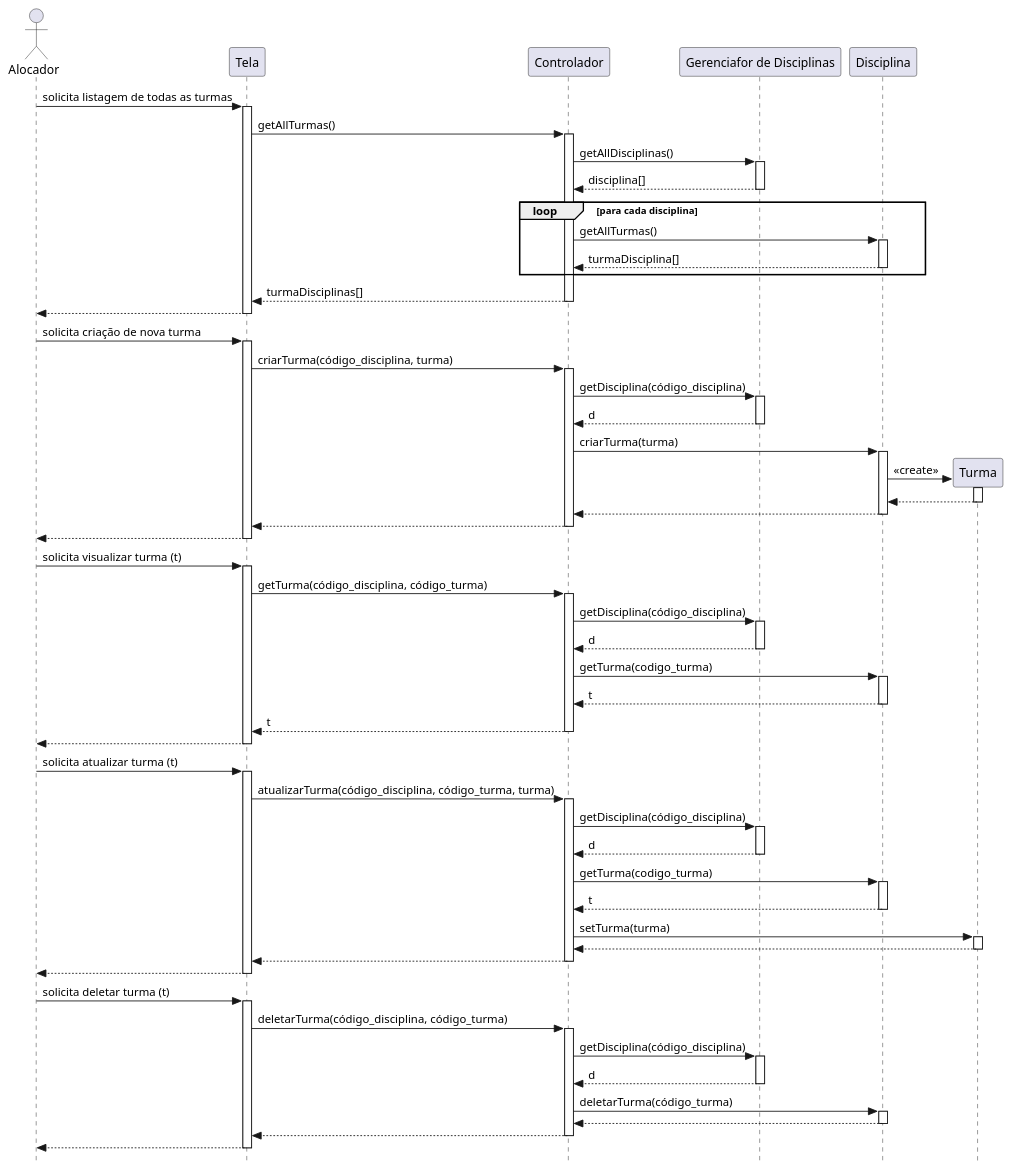
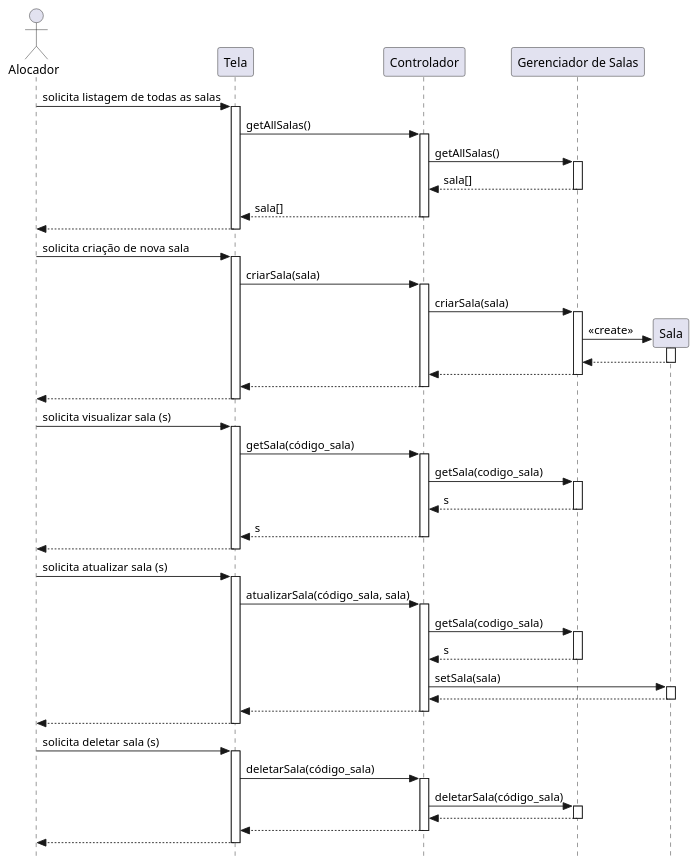
The diagram in projeto/uc4/diagrama-de-sequencia-uc4.puml (tassyla/Salateca), drawn with PlantUML before and after one commit. The commit also changed 11 other files, not shown here.

```diff
--- a/projeto/uc4/diagrama-de-sequencia-uc4.puml
+++ b/projeto/uc4/diagrama-de-sequencia-uc4.puml
@@ -1,69 +1,55 @@
 @startuml Sequencia
 skinparam style strictuml
 autoactivate on
 
 actor Alocador
 participant Tela as t
 participant Controlador as c
 ' participant Prédio as p
-' participant Sala as s
+participant Sala as s
 ' participant Alocação as a
 ' participant Alocação as a2
-participant "Gerenciafor de Disciplinas" as gd
-participant Disciplina as d
-participant Turma as tu
+participant "Gerenciador de Salas" as gs
+participant Sala as s
 
-Alocador -> t : solicita listagem de todas as turmas
-    t -> c : getAllTurmas()
-        c -> gd : getAllDisciplinas()
-            return disciplina[]
-            loop para cada disciplina
-                c -> d : getAllTurmas()
-                return turmaDisciplina[]        
-            end
-    return turmaDisciplinas[]
+Alocador -> t : solicita listagem de todas as salas
+    t -> c : getAllSalas()
+        c -> gs : getAllSalas()
+            return sala[]
+    return sala[]
 return 
 
-Alocador -> t : solicita criação de nova turma
-    t -> c : criarTurma(código_disciplina, turma)
-        c -> gd : getDisciplina(código_disciplina)
-            return d
-        c -> d : criarTurma(turma)
-        create tu
-            d -> tu : << create >>
+Alocador -> t : solicita criação de nova sala
+    t -> c : criarSala(sala)
+        c -> gs : criarSala(sala)
+        create s
+            gs -> s : << create >>
             return 
         return 
     return
 return 
 
-Alocador -> t : solicita visualizar turma (t)
-    t -> c : getTurma(código_disciplina, código_turma)
-        c -> gd : getDisciplina(código_disciplina)
-            return d
-        c -> d : getTurma(codigo_turma)
-            return t        
-    return t
+Alocador -> t : solicita visualizar sala (s)
+    t -> c : getSala(código_sala)
+        c -> gs : getSala(codigo_sala)
+            return s        
+    return s
 return 
 
-Alocador -> t : solicita atualizar turma (t)
-    t -> c : atualizarTurma(código_disciplina, código_turma, turma)
-        c -> gd : getDisciplina(código_disciplina)
-            return d
-        c -> d : getTurma(codigo_turma)
-            return t
-        c -> tu : setTurma(turma)
-        
+Alocador -> t : solicita atualizar sala (s)
+    t -> c : atualizarSala(código_sala, sala)
+        c -> gs : getSala(codigo_sala)
+            return s
+        c -> s : setSala(sala)
             return 
         return 
     return
 
-Alocador -> t : solicita deletar turma (t)
-    t -> c : deletarTurma(código_disciplina, código_turma)
-        c -> gd : getDisciplina(código_disciplina)
-            return d
-        c -> d : deletarTurma(código_turma)
+Alocador -> t : solicita deletar sala (s)
+    t -> c : deletarSala(código_sala)
+        c -> gs : deletarSala(código_sala)
             return 
         return 
-    return
+    return
 
 @enduml
```
